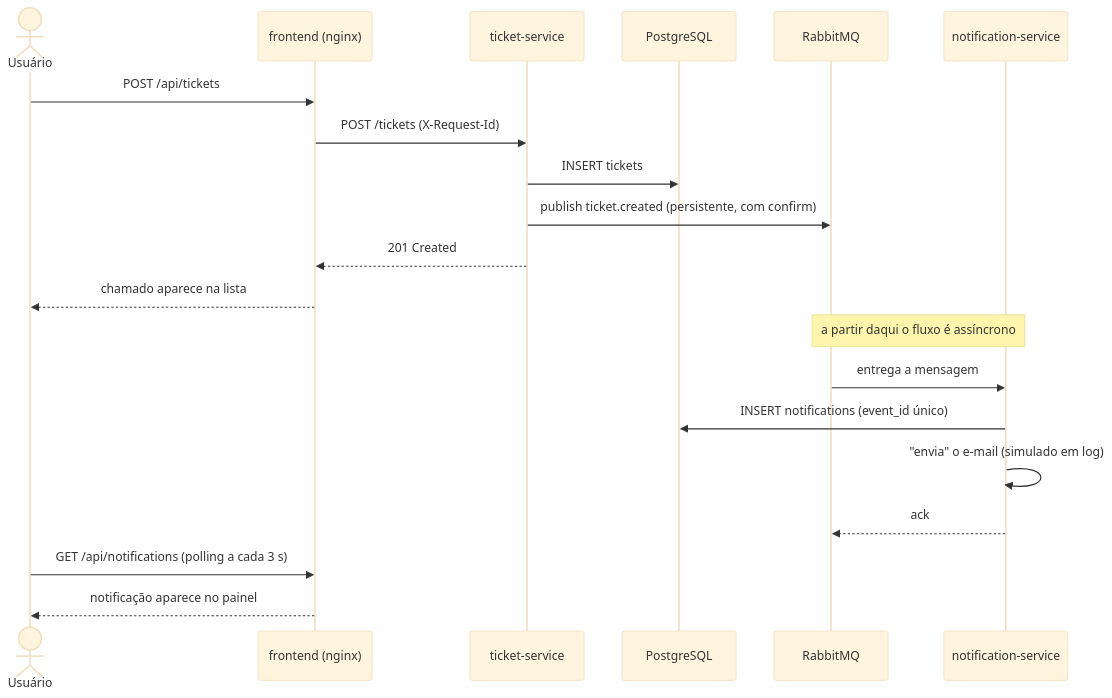
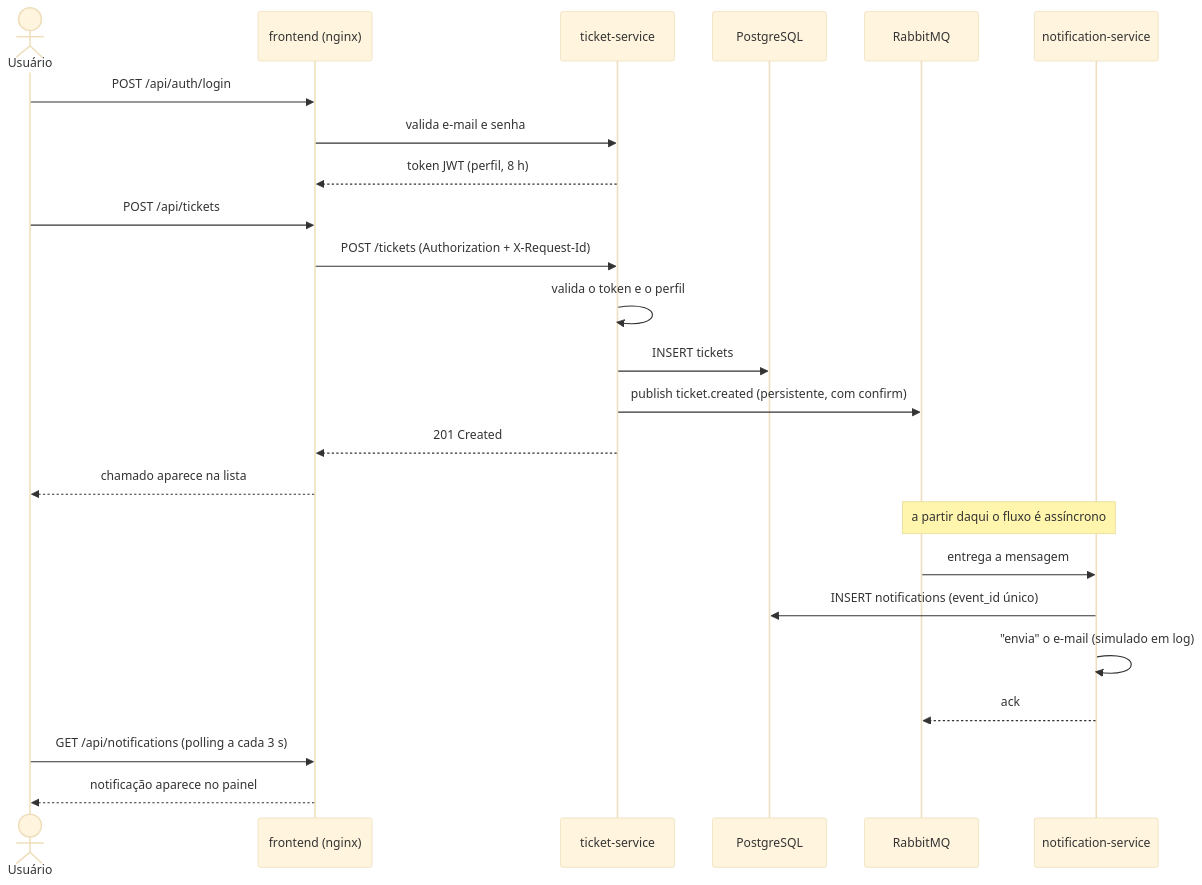
Before and after one commit to jlvjunior/HelpDesk: the third of 4 diagrams in docs/arquitetura/README.md, drawn with Mermaid (base theme). The commit also changed other lines of this file and 25 other files, not shown here.

````diff
--- a/docs/arquitetura/README.md
+++ b/docs/arquitetura/README.md
@@ -144,23 +151,27 @@
 ```mermaid
 sequenceDiagram
     actor U as Usuário
     participant FE as frontend (nginx)
     participant TS as ticket-service
     participant DB as PostgreSQL
     participant MQ as RabbitMQ
     participant NS as notification-service
 
+    U->>FE: POST /api/auth/login
+    FE->>TS: valida e-mail e senha
+    TS-->>FE: token JWT (perfil, 8 h)
     U->>FE: POST /api/tickets
-    FE->>TS: POST /tickets (X-Request-Id)
+    FE->>TS: POST /tickets (Authorization + X-Request-Id)
+    TS->>TS: valida o token e o perfil
     TS->>DB: INSERT tickets
     TS->>MQ: publish ticket.created (persistente, com confirm)
     TS-->>FE: 201 Created
     FE-->>U: chamado aparece na lista
     Note over MQ,NS: a partir daqui o fluxo é assíncrono
     MQ->>NS: entrega a mensagem
     NS->>DB: INSERT notifications (event_id único)
     NS->>NS: "envia" o e-mail (simulado em log)
     NS-->>MQ: ack
     U->>FE: GET /api/notifications (polling a cada 3 s)
     FE-->>U: notificação aparece no painel
 ```
````
